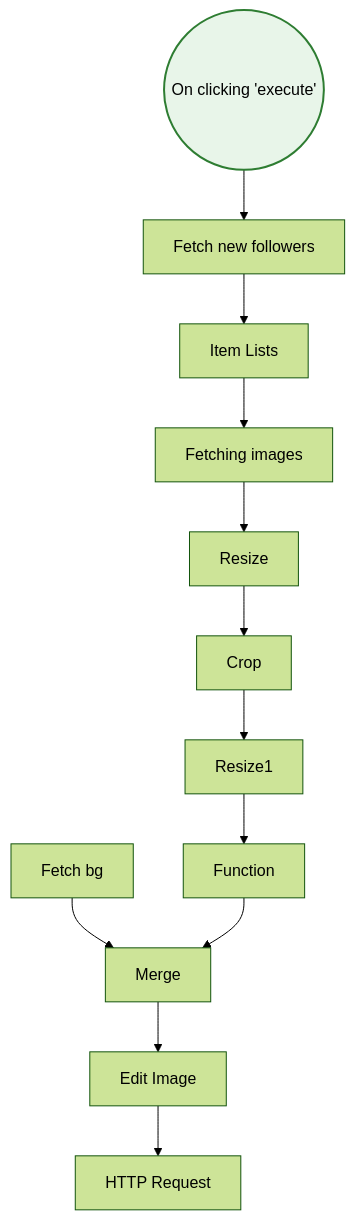
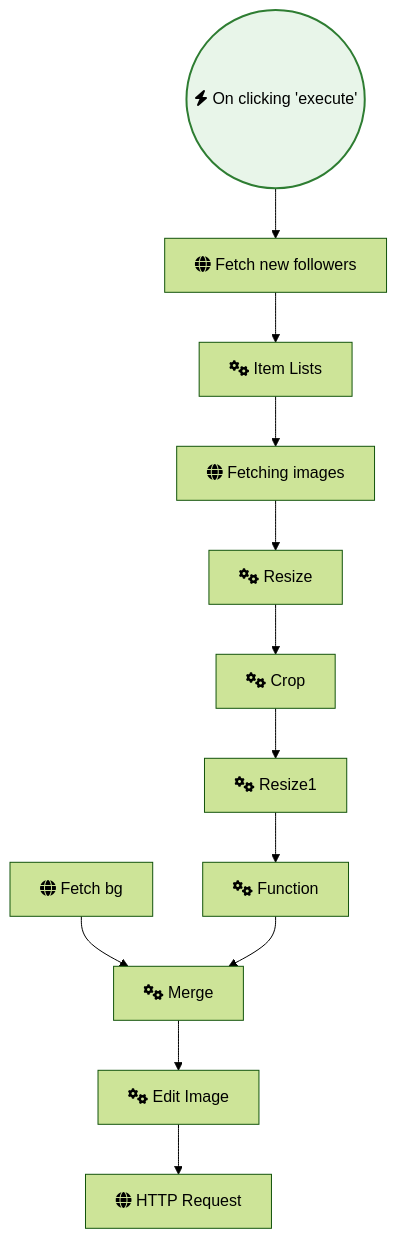
Before and after one commit to sreyash3105/N8N-DEMO-AUTOMATIONS: the diagram in Instagram_Twitter_Social_Media/Create dynamic Twitter profile banner.md, drawn with Mermaid (forest theme). The commit also changed 291 other files, not shown here.

````diff
--- a/Instagram_Twitter_Social_Media/Create dynamic Twitter profile banner.md
+++ b/Instagram_Twitter_Social_Media/Create dynamic Twitter profile banner.md
@@ -1,31 +1,31 @@
 ```mermaid
 graph TD
     classDef trigger fill:#e8f5e9,stroke:#2e7d32,stroke-width:2px;
     classDef ai fill:#e3f2fd,stroke:#1565c0,stroke-width:2px;
     classDef logic fill:#fff3e0,stroke:#ef6c00,stroke-width:2px;
 
-    On_clicking__execute_(("On clicking 'execute'")):::trigger
-    Fetch_new_followers["Fetch new followers"]
-    Item_Lists["Item Lists"]
-    Function["Function"]
-    Merge["Merge"]
-    Fetching_images["Fetching images"]
-    Fetch_bg["Fetch bg"]
-    Resize["Resize"]
-    Crop["Crop"]
-    Edit_Image["Edit Image"]
-    Resize1["Resize1"]
-    HTTP_Request["HTTP Request"]
+    On_clicking__execute_(("fas:fa-bolt On clicking 'execute'")):::trigger
+    Fetch_new_followers["fas:fa-globe Fetch new followers"]
+    Item_Lists["fas:fa-cogs Item Lists"]
+    Function["fas:fa-cogs Function"]
+    Merge["fas:fa-cogs Merge"]
+    Fetching_images["fas:fa-globe Fetching images"]
+    Fetch_bg["fas:fa-globe Fetch bg"]
+    Resize["fas:fa-cogs Resize"]
+    Crop["fas:fa-cogs Crop"]
+    Edit_Image["fas:fa-cogs Edit Image"]
+    Resize1["fas:fa-cogs Resize1"]
+    HTTP_Request["fas:fa-globe HTTP Request"]
 
     Crop --> Resize1
     Merge --> Edit_Image
     Resize --> Crop
     Resize1 --> Function
     Fetch_bg --> Merge
     Function --> Merge
     Edit_Image --> HTTP_Request
     Item_Lists --> Fetching_images
     Fetching_images --> Resize
     Fetch_new_followers --> Item_Lists
     On_clicking__execute_ --> Fetch_new_followers
 ```
````
